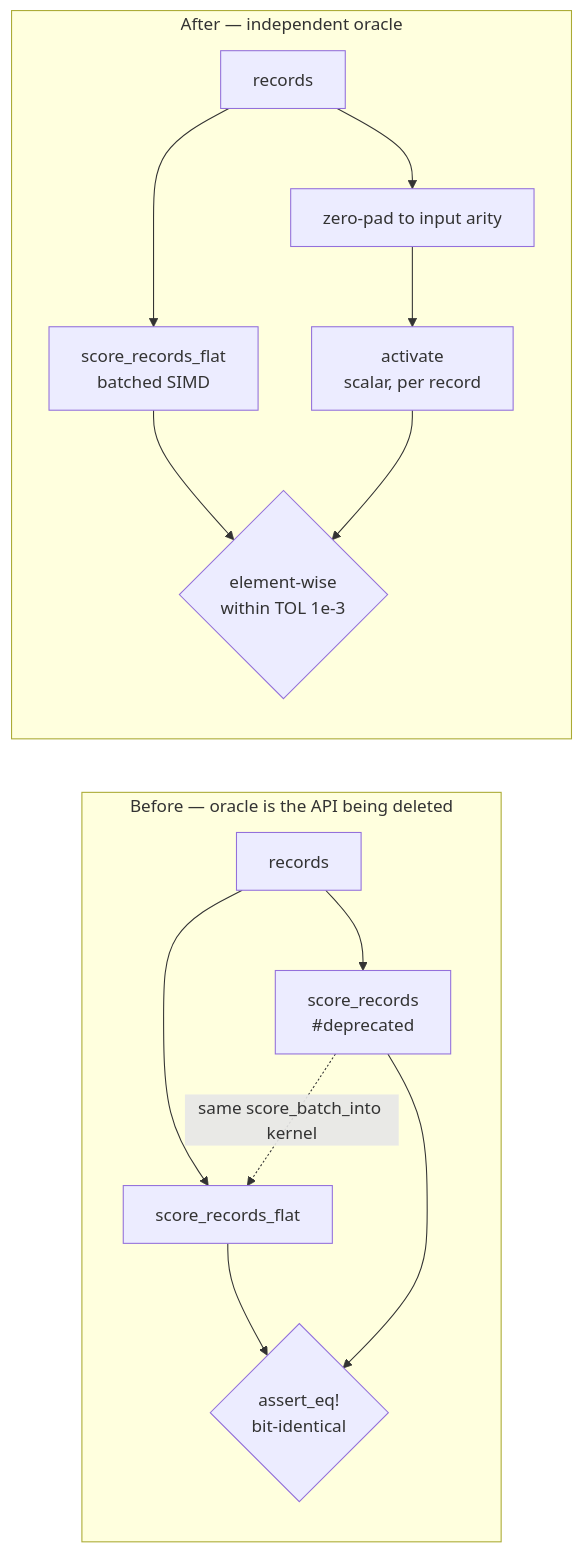
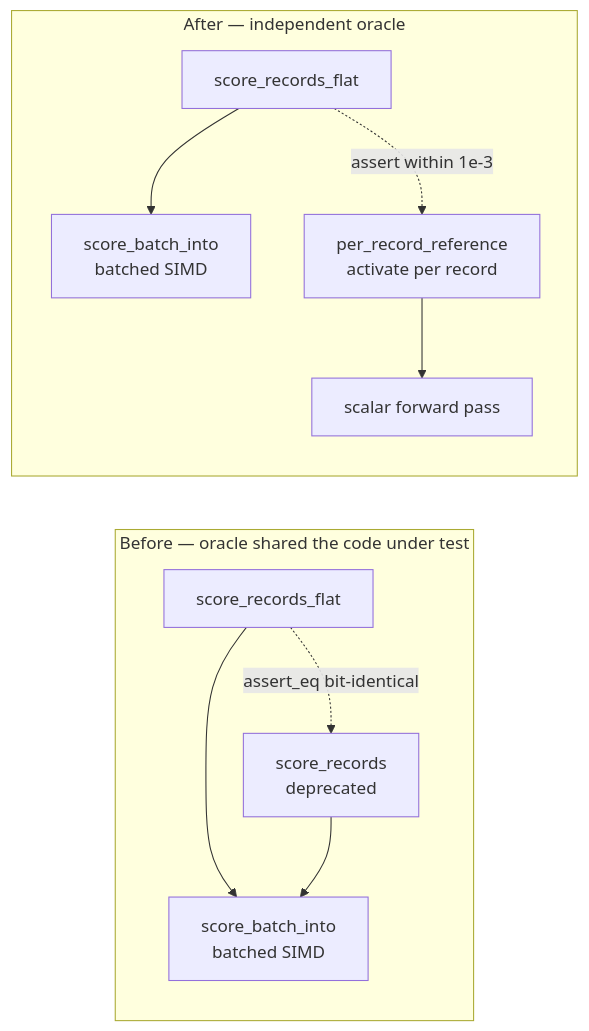
One commit to stSoftwareAU/NEAT-AI-core changed the diagram in docs/archive/pr-summaries/pr-summary-409.md. Above: the diagram before and after it, drawn with Mermaid. The commit also changed other lines of this file, not shown here.

First line of the commit message:
docs: add PR summary for the per-record scoring wrapper removal (Issue #409)

````diff
--- a/docs/archive/pr-summaries/pr-summary-409.md
+++ b/docs/archive/pr-summaries/pr-summary-409.md
@@ -55,16 +38,13 @@
 ```mermaid
 flowchart LR
-    subgraph Before["Before — oracle is the API being deleted"]
-        R1[records] --> A1["score_records_flat"]
-        R1 --> B1["score_records<br/>#deprecated"]
-        A1 --> C1{"assert_eq!<br/>bit-identical"}
-        B1 --> C1
-        B1 -.->|"same score_batch_into kernel"| A1
+    subgraph before["Before — oracle shared the code under test"]
+        F1["score_records_flat"] --> K1["score_batch_into<br/>batched SIMD"]
+        P1["score_records<br/>deprecated"] --> K1
+        F1 -.->|assert_eq bit-identical| P1
     end
-    subgraph After["After — independent oracle"]
-        R2[records] --> A2["score_records_flat<br/>batched SIMD"]
-        R2 --> P["zero-pad to input arity"] --> B2["activate<br/>scalar, per record"]
-        A2 --> C2{"element-wise<br/>within TOL 1e-3"}
-        B2 --> C2
+    subgraph after["After — independent oracle"]
+        F2["score_records_flat"] --> K2["score_batch_into<br/>batched SIMD"]
+        R2["per_record_reference<br/>activate per record"] --> S2["scalar forward pass"]
+        F2 -.->|"assert within 1e-3"| R2
     end
 ```
````
